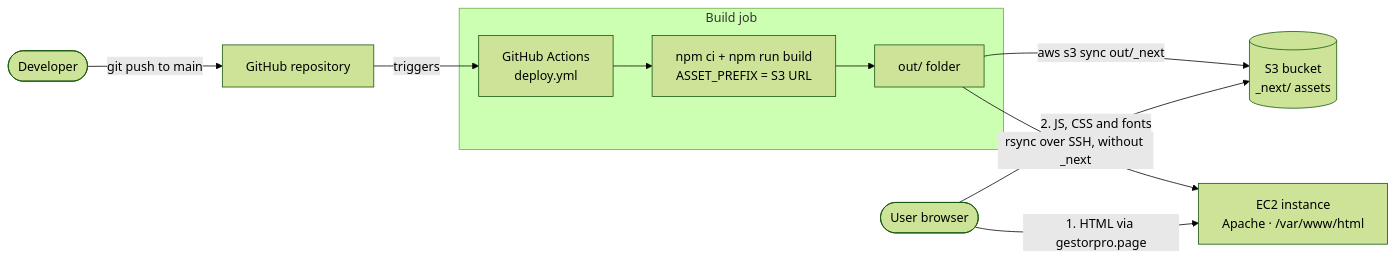
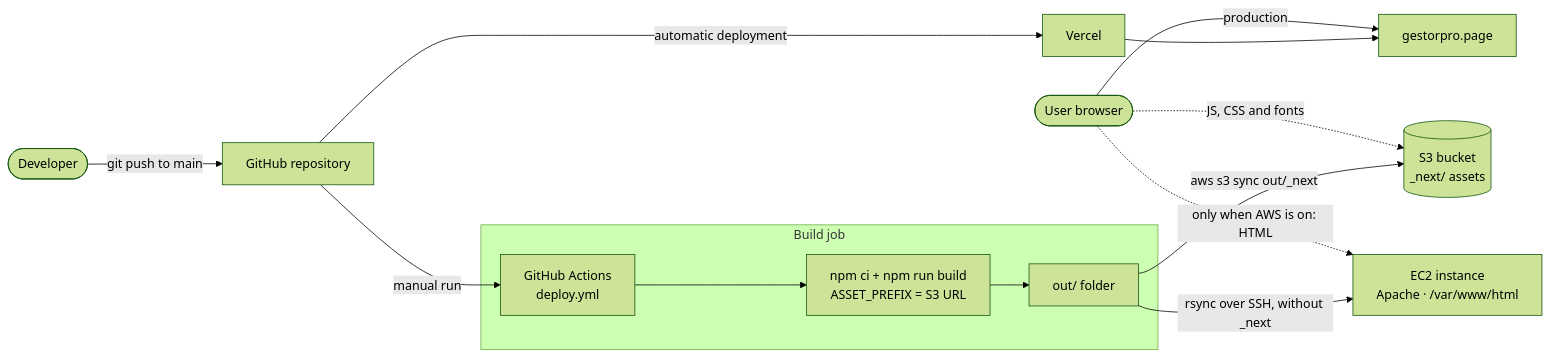
The diagram in README.md (ChrisAltF4/Gestionador-de-proyectos), drawn with Mermaid (forest theme) before and after one commit. The commit also changed other lines of this file, not shown here.

First line of the commit message:
docs: rewrite README with deployment and project updates

````diff
--- a/README.md
+++ b/README.md
@@ -164,16 +171,21 @@
 ```mermaid
 flowchart LR
     Dev([Developer]) -->|git push to main| GH[GitHub repository]
-    GH -->|triggers| GA[GitHub Actions<br/>deploy.yml]
+
+    GH -->|automatic deployment| V[Vercel]
+    V --> D[gestorpro.page]
+
+    GH -->|manual run| GA[GitHub Actions<br/>deploy.yml]
 
     subgraph CI[Build job]
         GA --> B[npm ci + npm run build<br/>ASSET_PREFIX = S3 URL]
         B --> OUT[out/ folder]
     end
 
     OUT -->|aws s3 sync out/_next| S3[(S3 bucket<br/>_next/ assets)]
     OUT -->|rsync over SSH, without _next| EC2[EC2 instance<br/>Apache · /var/www/html]
 
-    User([User browser]) -->|1. HTML via gestorpro.page| EC2
-    User -->|2. JS, CSS and fonts| S3
+    User([User browser]) -->|production| D
+    User -.->|only when AWS is on: HTML| EC2
+    User -.->|JS, CSS and fonts| S3
 ```
````
